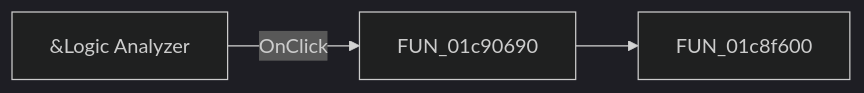
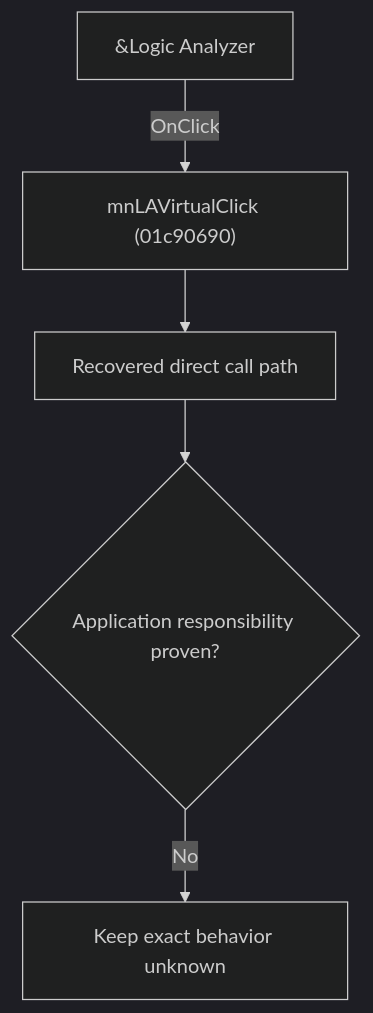
The diagram in docs/ui-controls/schematiceditor/logicanalyzer-5a8cd6a10f.md (MovGP0/TIARA), drawn with Mermaid (dark theme) before and after one commit. The commit also changed other lines of this file and 1062 other files, not shown here.

````diff
--- a/docs/ui-controls/schematiceditor/logicanalyzer-5a8cd6a10f.md
+++ b/docs/ui-controls/schematiceditor/logicanalyzer-5a8cd6a10f.md
@@ -27,5 +27,7 @@
 ```mermaid
-flowchart LR
-    control["&Logic Analyzer"] -->|OnClick| handler["FUN_01c90690"]
-    handler --> call1["FUN_01c8f600"]
+flowchart TD
+    control["&Logic Analyzer"] -->|"OnClick"| handler["mnLAVirtualClick (01c90690)"]
+    handler --> recovered["Recovered direct call path"]
+    recovered --> gap{"Application responsibility proven?"}
+    gap -->|"No"| blocked["Keep exact behavior unknown"]
 ```
````
